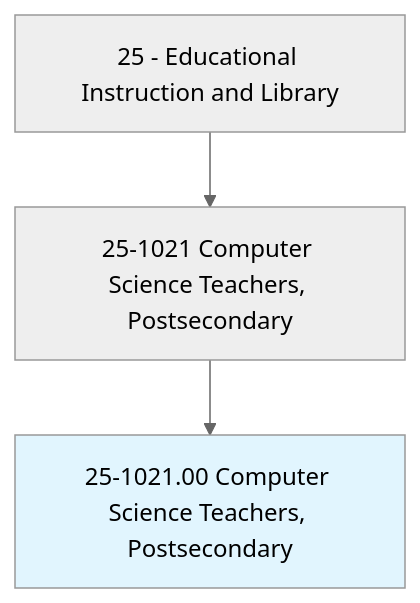
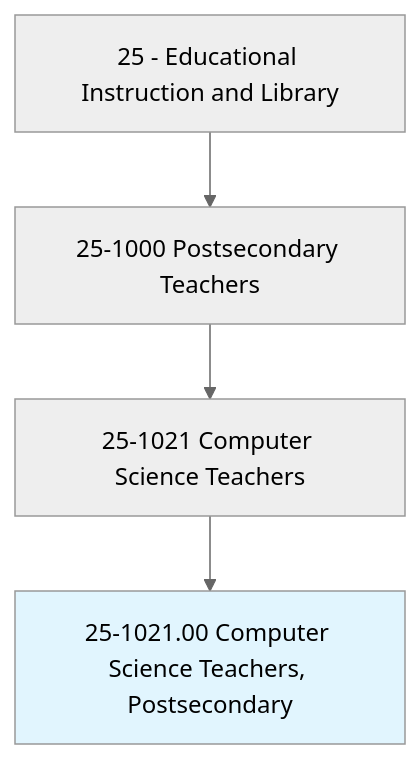
Before and after one commit to kziemski/business.org.ai: the first of 4 diagrams in occupations/Education/ComputerScienceTeachersPostsecondary.mdx, drawn with Mermaid (neutral theme). The commit also changed other lines of this file and 938 other files, not shown here.

````diff
--- a/occupations/Education/ComputerScienceTeachersPostsecondary.mdx
+++ b/occupations/Education/ComputerScienceTeachersPostsecondary.mdx
@@ -19,6 +23,7 @@
 ```mermaid
 graph TD
-    Cat25["25 - Educational Instruction and Library"] --> Group251021["25-1021 Computer Science Teachers, Postsecondary"]
+    Cat25["25 - Educational Instruction and Library"] --> Group251["25-1000 Postsecondary Teachers"]
+    Group251 --> Group251021["25-1021 Computer Science Teachers"]
     Group251021 --> Current["25-1021.00 Computer Science Teachers, Postsecondary"]
     style Current fill:#e1f5fe
 ```
````
